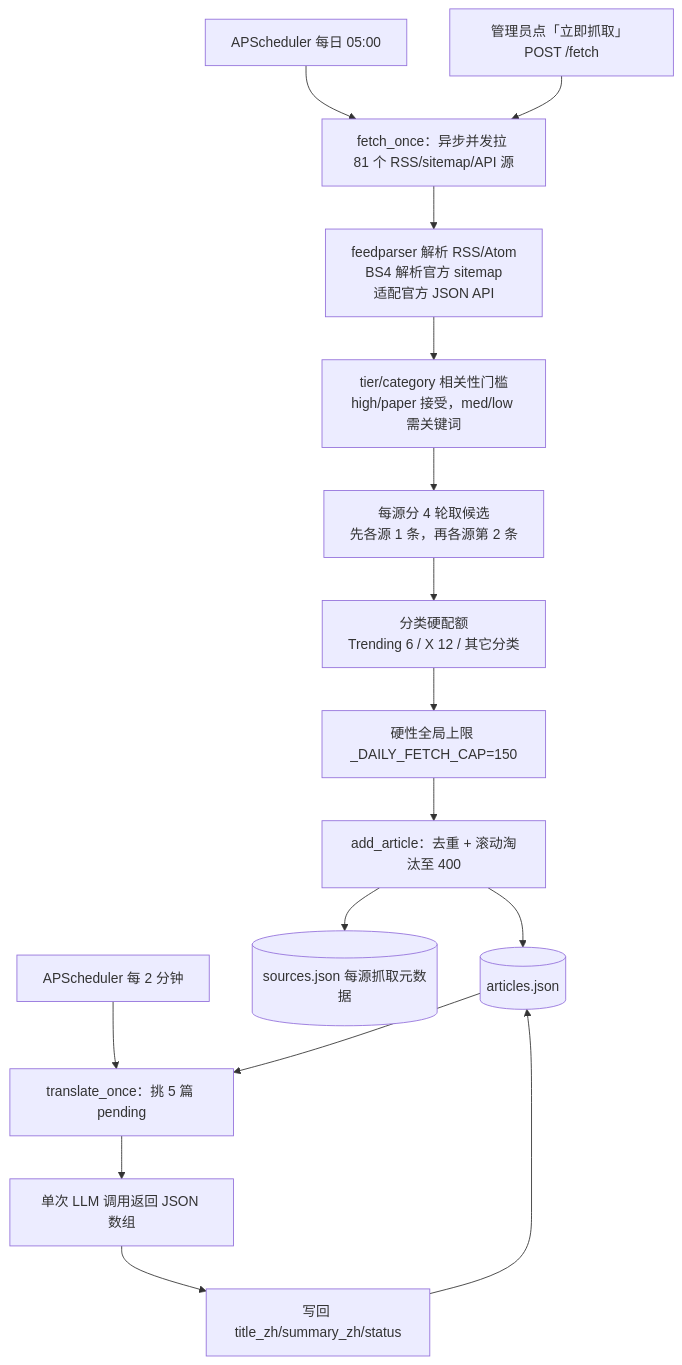
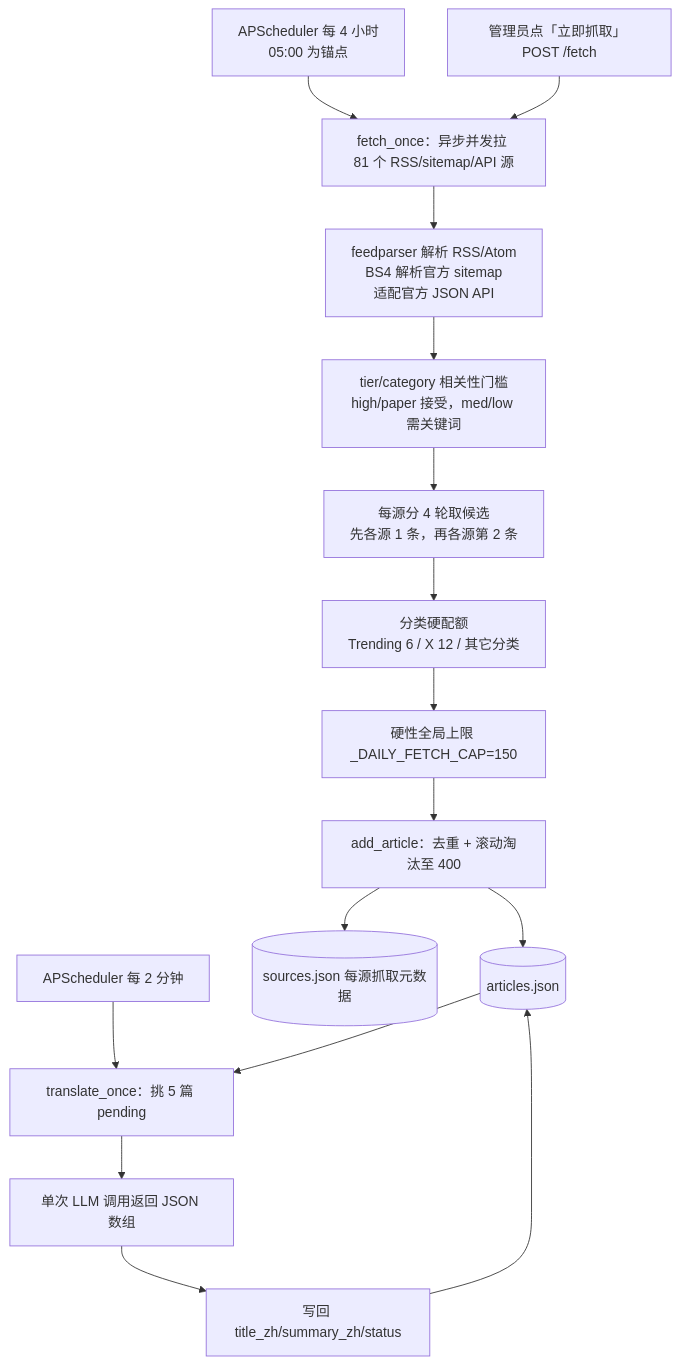
The diagram in llmdoc/architecture/rss-pipeline-architecture.md (nikefd/ai-frontier-agent), drawn with Mermaid before and after one commit. The commit also changed other lines of this file and 15 other files, not shown here.

````diff
--- a/llmdoc/architecture/rss-pipeline-architecture.md
+++ b/llmdoc/architecture/rss-pipeline-architecture.md
@@ -10,20 +10,20 @@
 ```mermaid
 flowchart TD
-  cron[APScheduler 每日 05:00] --> fetch
+  cron[APScheduler 每 4 小时<br/>05:00 为锚点] --> fetch
   manual[管理员点「立即抓取」 POST /fetch] --> fetch
   fetch[fetch_once：异步并发拉 81 个 RSS/sitemap/API 源]
   fetch --> parse[feedparser 解析 RSS/Atom<br/>BS4 解析官方 sitemap<br/>适配官方 JSON API]
   parse --> gate[tier/category 相关性门槛<br/>high/paper 接受，med/low 需关键词]
   gate --> rounds[每源分 4 轮取候选<br/>先各源 1 条，再各源第 2 条]
   rounds --> category[分类硬配额<br/>Trending 6 / X 12 / 其它分类]
   category --> global[硬性全局上限 _DAILY_FETCH_CAP=150]
   global --> store[add_article：去重 + 滚动淘汰至 400]
   store --> articles[(articles.json)]
   store --> meta[(sources.json 每源抓取元数据)]
 
   tick[APScheduler 每 2 分钟] --> trans[translate_once：挑 5 篇 pending]
   articles --> trans
   trans --> llm[单次 LLM 调用返回 JSON 数组]
   llm --> writeback[写回 title_zh/summary_zh/status]
   writeback --> articles
 ```
````
